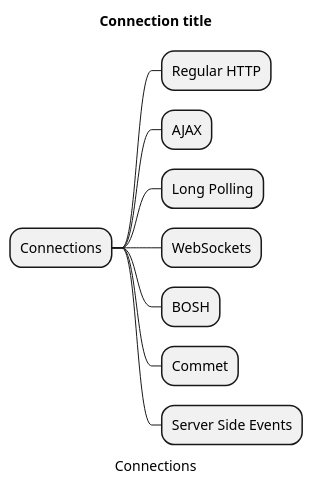
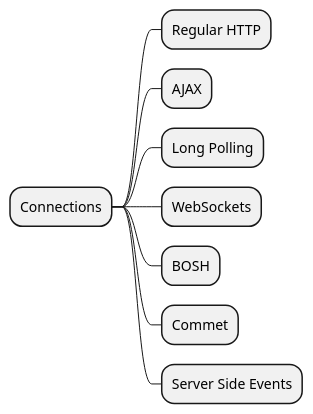
The diagram in Design/Instant-Messaging/Connections.iuml (santojos/Distributed-Systems), drawn with PlantUML before and after one commit.

```diff
--- a/Design/Instant-Messaging/Connections.iuml
+++ b/Design/Instant-Messaging/Connections.iuml
@@ -1,17 +1,13 @@
 @startmindmap
 'https://plantuml.com/mindmap-diagram
-
-
-caption Connections
-title Connection title
 
 * Connections
 ** Regular HTTP
 ** AJAX
 ** Long Polling
 ** WebSockets
 ** BOSH
 ** Commet
 ** Server Side Events
 
 @endmindmap
```
